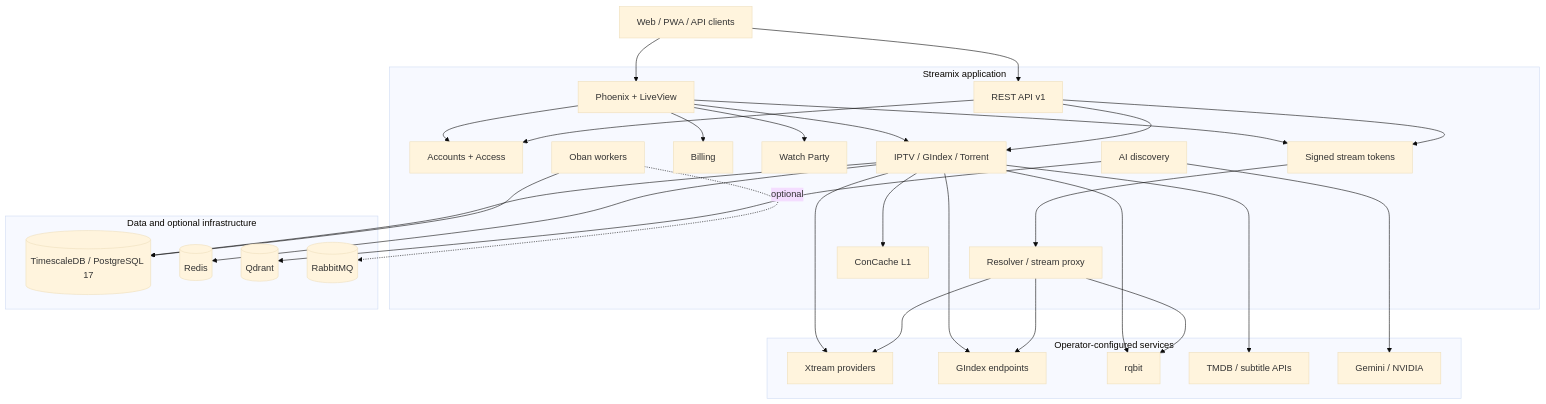
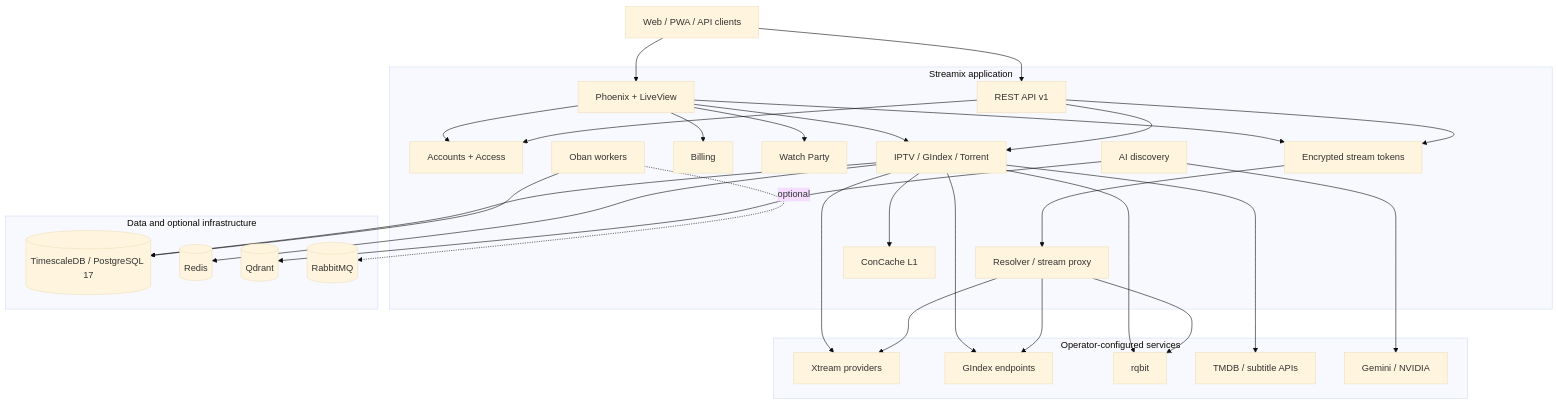
One commit to gabrielmaialva33/streamix changed the first of 2 diagrams in README.md. Above: the diagram before and after it, drawn with Mermaid (base theme). The commit also changed other lines of this file and 6 other files, not shown here.

First line of the commit message:
docs(privacy): threat model, architecture constraints and migration guide

````diff
--- a/README.md
+++ b/README.md
@@ -119,59 +121,59 @@
 ```mermaid
 graph TD
     CLIENTS[Web / PWA / API clients]
 
     subgraph APP["Streamix application"]
         WEB[Phoenix + LiveView]
         API[REST API v1]
         AUTH[Accounts + Access]
         CATALOG[IPTV / GIndex / Torrent]
         BILL[Billing]
         PARTY[Watch Party]
         AI[AI discovery]
-        TOKEN[Signed stream tokens]
+        TOKEN[Encrypted stream tokens]
         DELIVERY[Resolver / stream proxy]
         JOBS[Oban workers]
         L1[ConCache L1]
     end
 
     subgraph DATA["Data and optional infrastructure"]
         DB[(TimescaleDB / PostgreSQL 17)]
         REDIS[(Redis)]
         QDRANT[(Qdrant)]
         RMQ[(RabbitMQ)]
     end
 
     subgraph SOURCES["Operator-configured services"]
         XT[Xtream providers]
         GIDX[GIndex endpoints]
         RQBIT[rqbit]
         TMDB[TMDB / subtitle APIs]
         EMB[Gemini / NVIDIA]
     end
 
     CLIENTS --> WEB
     CLIENTS --> API
     WEB --> AUTH
     WEB --> CATALOG
     WEB --> BILL
     WEB --> PARTY
     API --> AUTH
     API --> CATALOG
     CATALOG --> DB
     CATALOG --> L1
     CATALOG --> REDIS
     CATALOG --> XT
     CATALOG --> GIDX
     CATALOG --> RQBIT
     CATALOG --> TMDB
     WEB --> TOKEN
     API --> TOKEN
     TOKEN --> DELIVERY
     DELIVERY --> XT
     DELIVERY --> GIDX
     DELIVERY --> RQBIT
     AI --> EMB
     AI --> QDRANT
     JOBS --> DB
     JOBS -. optional .-> RMQ
 ```
````
